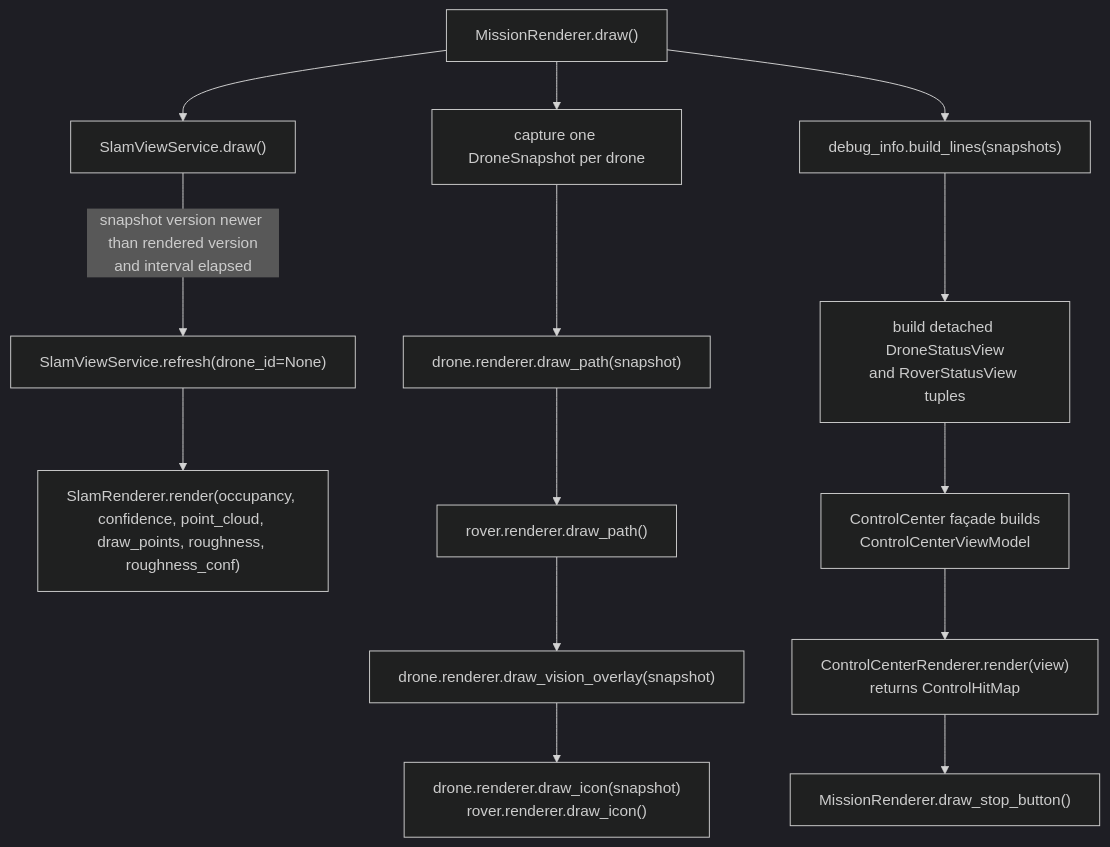
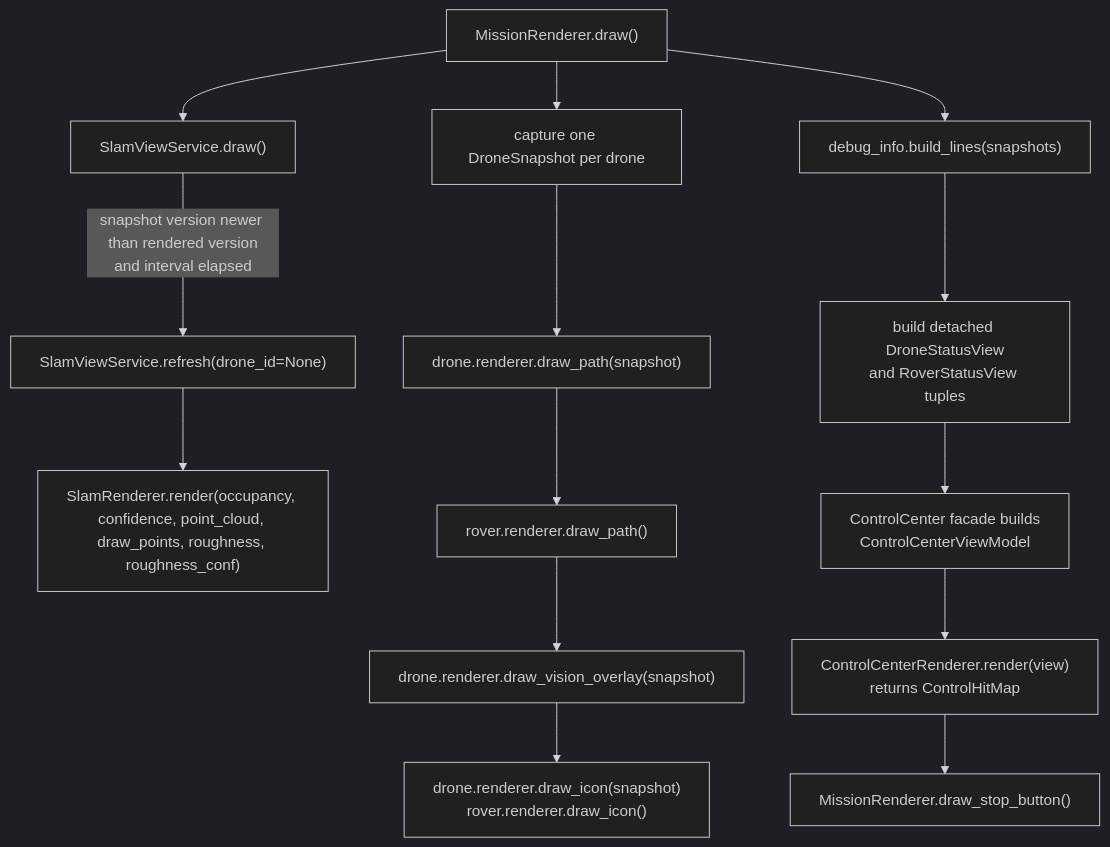
One commit to Gmark117/Cave_Game changed diagram 12 of 14 in CODEFLOW.md. Above: the diagram before and after it, drawn with Mermaid (dark theme). The commit also changed other lines of this file and 117 other files, not shown here.

````diff
--- a/CODEFLOW.md
+++ b/CODEFLOW.md
@@ -756,23 +756,23 @@
 ```mermaid
 flowchart TD
     Draw["MissionRenderer.draw()"]
     AgentState["capture one DroneSnapshot per drone"]
     View["SlamViewService.draw()"]
     Refresh["SlamViewService.refresh(drone_id=None)"]
     SlamRender["SlamRenderer.render(occupancy, confidence, point_cloud, draw_points, roughness, roughness_conf)"]
     DronePaths["drone.renderer.draw_path(snapshot)"]
     RoverPaths["rover.renderer.draw_path()"]
     DroneVision["drone.renderer.draw_vision_overlay(snapshot)"]
     Icons["drone.renderer.draw_icon(snapshot)<br/>rover.renderer.draw_icon()"]
     Debug["debug_info.build_lines(snapshots)"]
     Status["build detached DroneStatusView<br/>and RoverStatusView tuples"]
-    FrameModel["ControlCenter façade builds<br/>ControlCenterViewModel"]
+    FrameModel["ControlCenter facade builds<br/>ControlCenterViewModel"]
     CCRender["ControlCenterRenderer.render(view)<br/>returns ControlHitMap"]
     Stop["MissionRenderer.draw_stop_button()"]
 
     Draw --> AgentState
     Draw --> View
     View -->|"snapshot version newer than rendered version<br/>and interval elapsed"| Refresh --> SlamRender
     AgentState --> DronePaths --> RoverPaths --> DroneVision --> Icons
     Draw --> Debug --> Status --> FrameModel --> CCRender --> Stop
 ```
````
